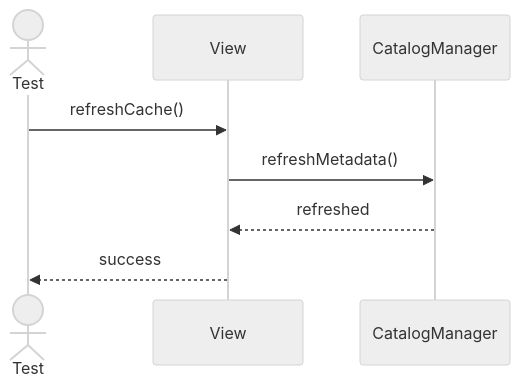
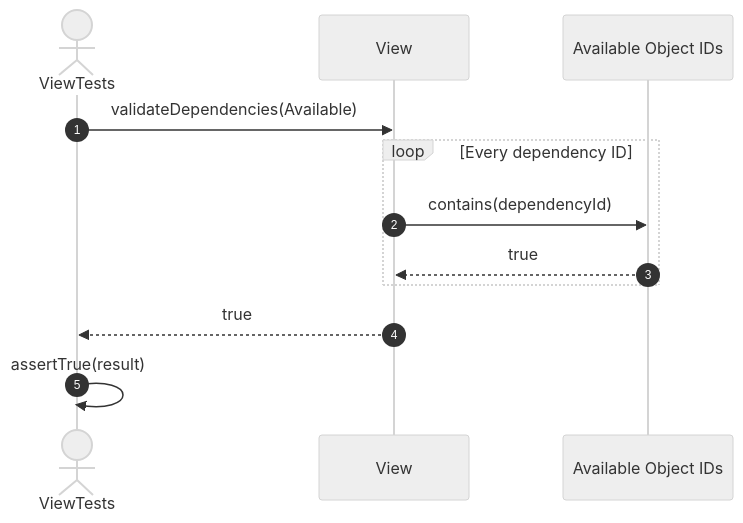
Diagram 14 of 21 in src/tests/unit/metadata/sequences/view-testing.se.md (FhuAnn/-bbv-AN-s-DBMS), drawn with Mermaid (neutral theme) before and after one commit. The commit also changed other lines of this file and 60 other files, not shown here.

````diff
--- a/src/tests/unit/metadata/sequences/view-testing.se.md
+++ b/src/tests/unit/metadata/sequences/view-testing.se.md
@@ -207,11 +239,16 @@
 ```mermaid
 sequenceDiagram
-actor Test
-participant View
-participant CatalogManager
+    autonumber
+    actor Test as ViewTests
+    participant View as View
+    participant Available as Available Object IDs
 
-Test->>View: refreshCache()
-View->>CatalogManager: refreshMetadata()
-CatalogManager-->>View: refreshed
-View-->>Test: success
+    Test->>View: validateDependencies(Available)
+    loop Every dependency ID
+        View->>Available: contains(dependencyId)
+        Available-->>View: true
+    end
+    View-->>Test: true
+
+    Test->>Test: assertTrue(result)
 ```
````
